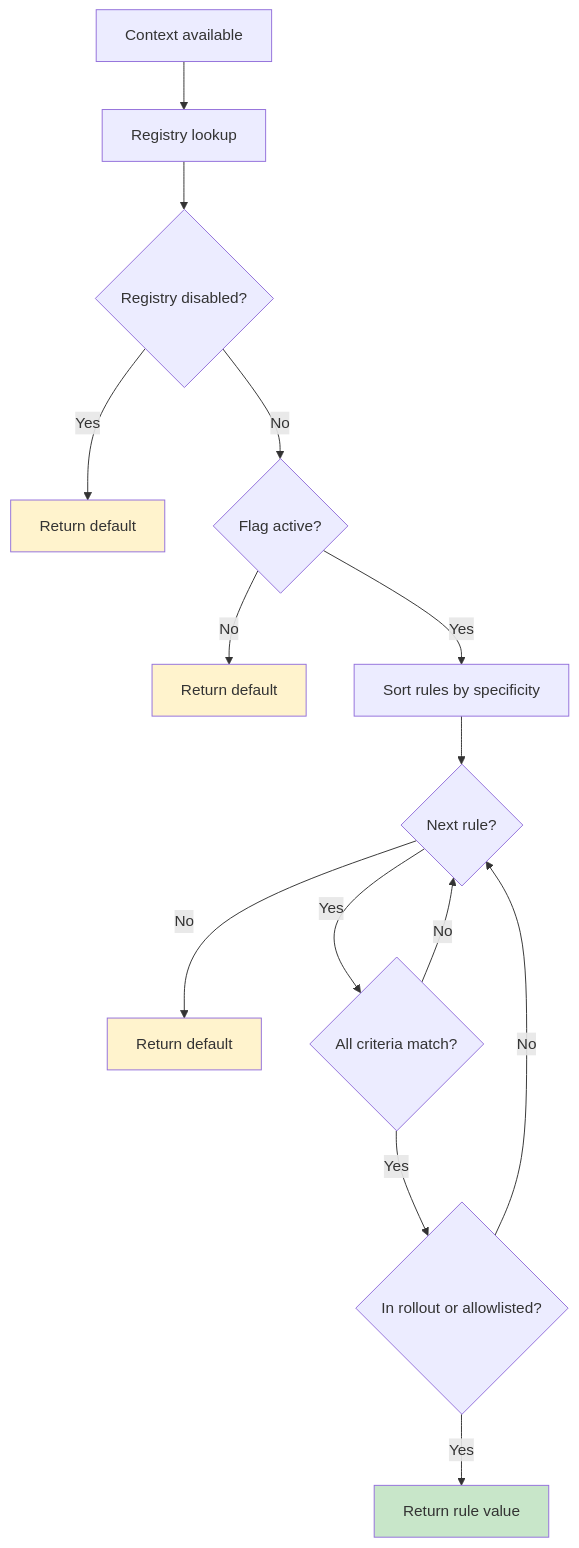
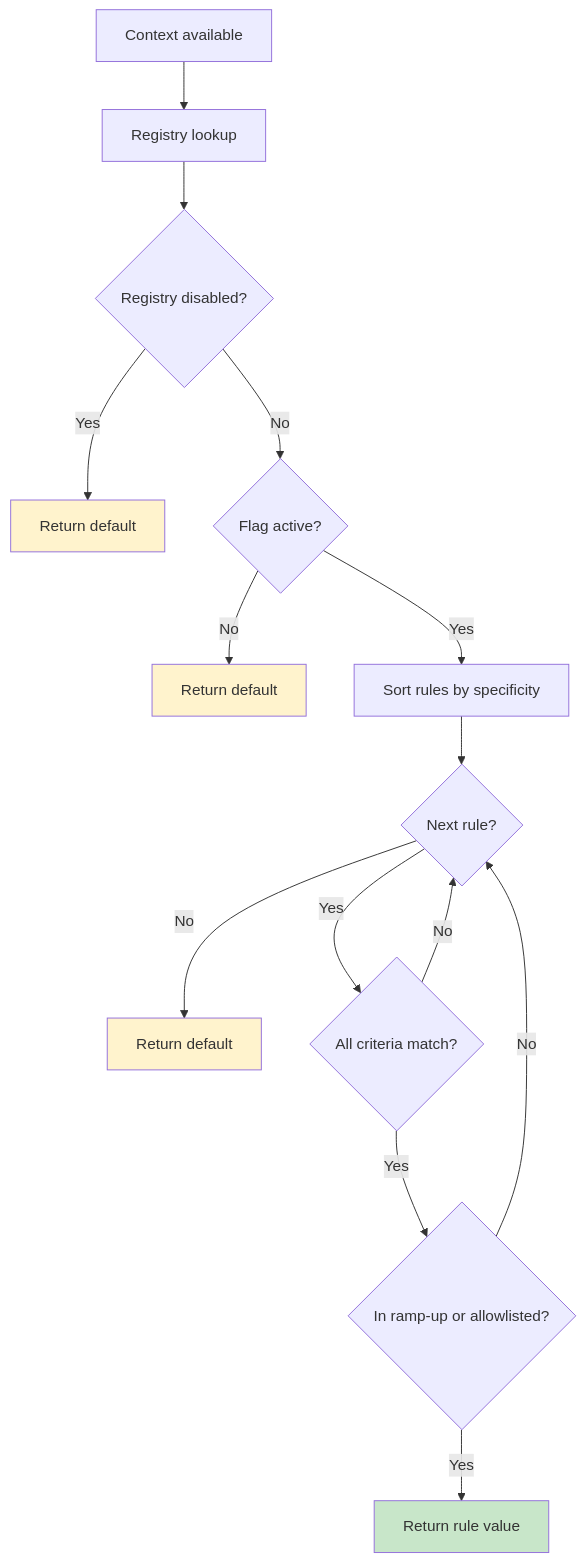
The diagram in docusaurus/docs/05-evaluation.md (amichne/konditional), drawn with Mermaid before and after one commit. The commit also changed other lines of this file and 12 other files, not shown here.

````diff
--- a/docusaurus/docs/05-evaluation.md
+++ b/docusaurus/docs/05-evaluation.md
@@ -48,20 +48,20 @@
 ```mermaid
 flowchart TD
     Start["Context available"] --> Lookup["Registry lookup"]
     Lookup --> Disabled{Registry disabled?}
     Disabled -->|Yes| Default0["Return default"]
     Disabled -->|No| Active{Flag active?}
     Active -->|No| Default1["Return default"]
     Active -->|Yes| Sort["Sort rules by specificity"]
     Sort --> Next{Next rule?}
     Next -->|No| Default2["Return default"]
     Next -->|Yes| Match{All criteria match?}
     Match -->|No| Next
-    Match -->|Yes| Roll{In rollout or allowlisted?}
+    Match -->|Yes| Roll{In ramp-up or allowlisted?}
     Roll -->|No| Next
     Roll -->|Yes| Value["Return rule value"]
     style Default0 fill: #fff3cd
     style Default1 fill: #fff3cd
     style Default2 fill: #fff3cd
     style Value fill: #c8e6c9
 ```
````
